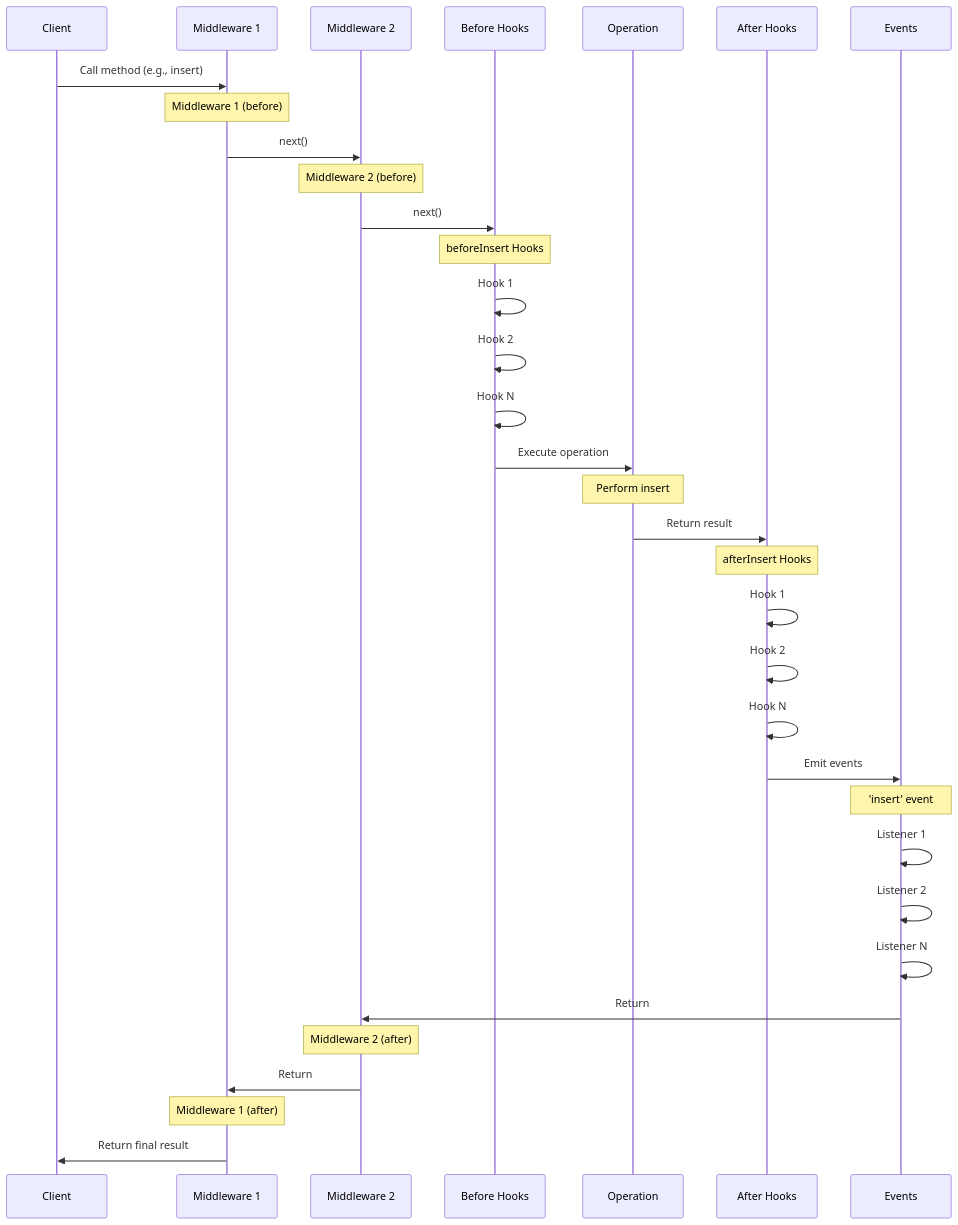
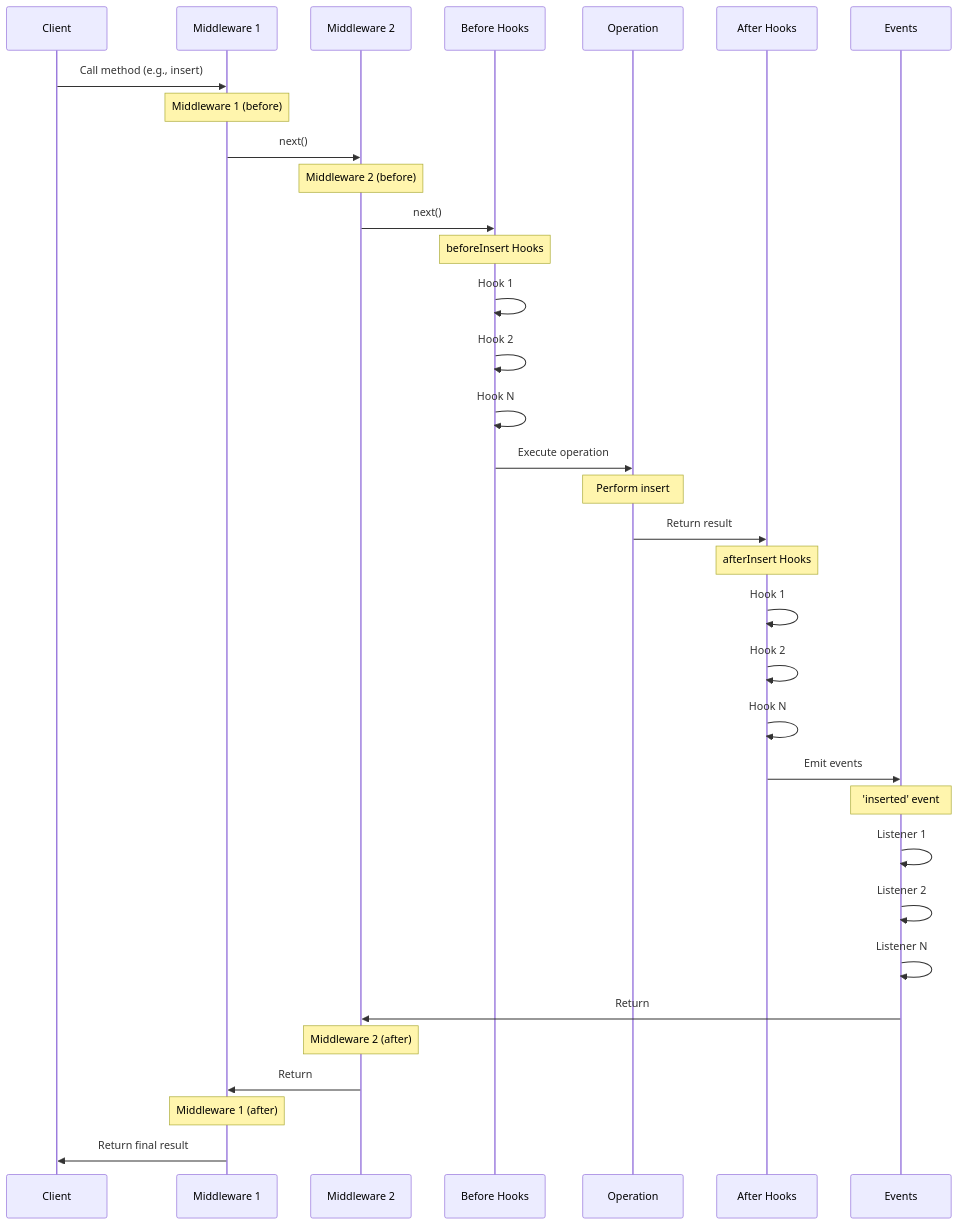
One commit to forattini-dev/s3db.js changed the fourth of 7 diagrams in docs/resources.md. Above: the diagram before and after it, drawn with Mermaid. The commit also changed other lines of this file and 16 other files, not shown here.

````diff
--- a/docs/resources.md
+++ b/docs/resources.md
@@ -1536,42 +1536,42 @@
 ```mermaid
 sequenceDiagram
     participant Client
     participant MW1 as Middleware 1
     participant MW2 as Middleware 2
     participant PreHooks as Before Hooks
     participant Operation
     participant PostHooks as After Hooks
     participant Events
 
     Client->>MW1: Call method (e.g., insert)
     Note over MW1: Middleware 1 (before)
     MW1->>MW2: next()
     Note over MW2: Middleware 2 (before)
     MW2->>PreHooks: next()
 
     Note over PreHooks: beforeInsert Hooks
     PreHooks->>PreHooks: Hook 1
     PreHooks->>PreHooks: Hook 2
     PreHooks->>PreHooks: Hook N
 
     PreHooks->>Operation: Execute operation
     Note over Operation: Perform insert
 
     Operation->>PostHooks: Return result
     Note over PostHooks: afterInsert Hooks
     PostHooks->>PostHooks: Hook 1
     PostHooks->>PostHooks: Hook 2
     PostHooks->>PostHooks: Hook N
 
     PostHooks->>Events: Emit events
-    Note over Events: 'insert' event
+    Note over Events: 'inserted' event
     Events->>Events: Listener 1
     Events->>Events: Listener 2
     Events->>Events: Listener N
 
     Events->>MW2: Return
     Note over MW2: Middleware 2 (after)
     MW2->>MW1: Return
     Note over MW1: Middleware 1 (after)
     MW1->>Client: Return final result
 ```
````
